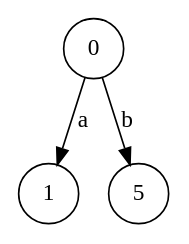
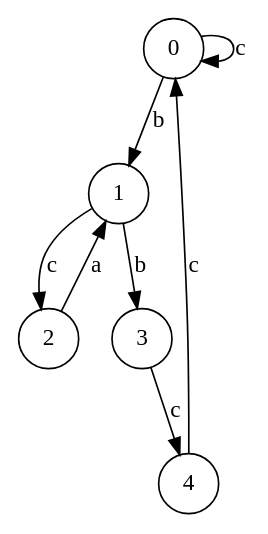
Before and after one commit to Reithger/Finite-State-Machine-Model: the diagram in dotsource.dot, drawn with Graphviz. The commit also changed 18 other files, not shown here.

```diff
--- a/dotsource.dot
+++ b/dotsource.dot
@@ -1,7 +1,14 @@
 digraph G {
 "n0"[label="0"shape=circle color="black"];
 "n1"[label="1"shape=circle color="black"];
-"n2"[label="5"shape=circle color="black"];
-{"n0"}->{"n1"}[label = "a" color="black" arrowhead="normal"];
-{"n0"}->{"n2"}[label = "b" color="black" arrowhead="normal"];
+"n2"[label="2"shape=circle color="black"];
+"n3"[label="3"shape=circle color="black"];
+"n4"[label="4"shape=circle color="black"];
+{"n0"}->{"n0"}[label = "c" color="black" arrowhead="normal"];
+{"n0"}->{"n1"}[label = "b" color="black" arrowhead="normal"];
+{"n1"}->{"n3"}[label = "b" color="black" arrowhead="normal"];
+{"n1"}->{"n2"}[label = "c" color="black" arrowhead="normal"];
+{"n2"}->{"n1"}[label = "a" color="black" arrowhead="normal"];
+{"n3"}->{"n4"}[label = "c" color="black" arrowhead="normal"];
+{"n4"}->{"n0"}[label = "c" color="black" arrowhead="normal"];
 }
```
